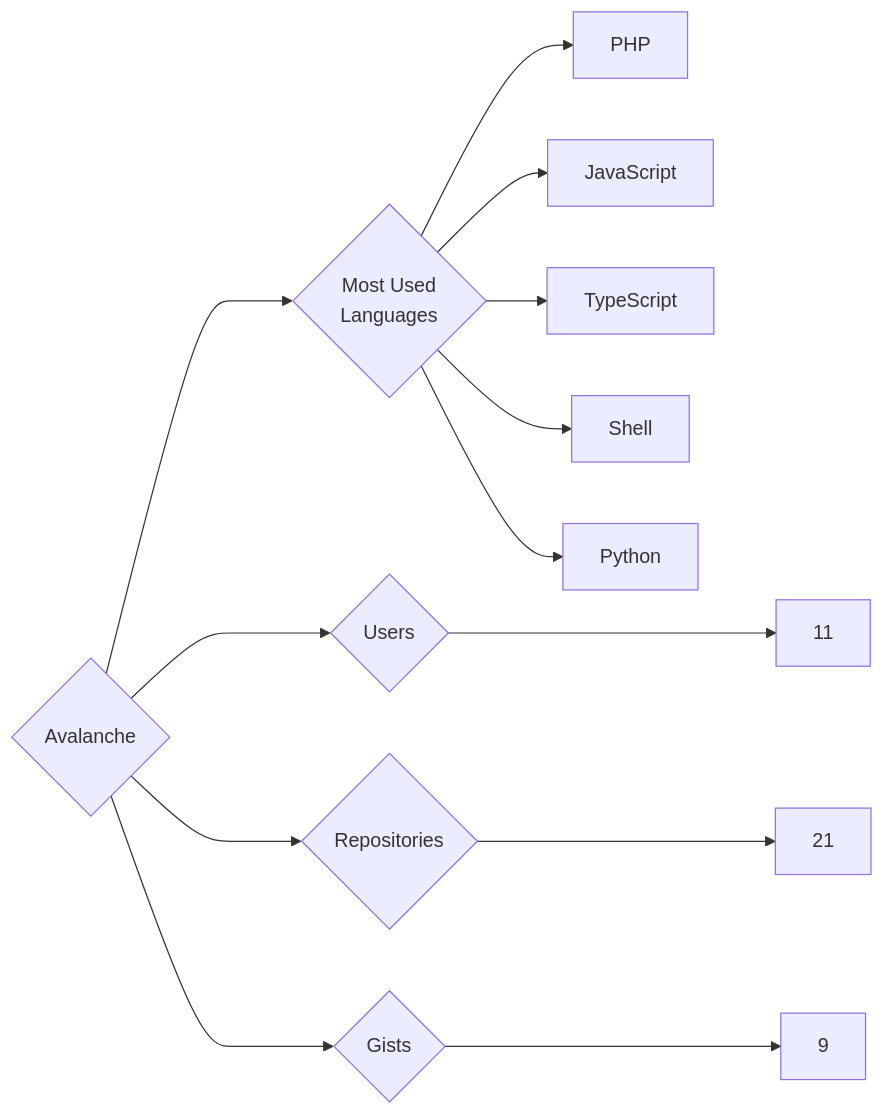
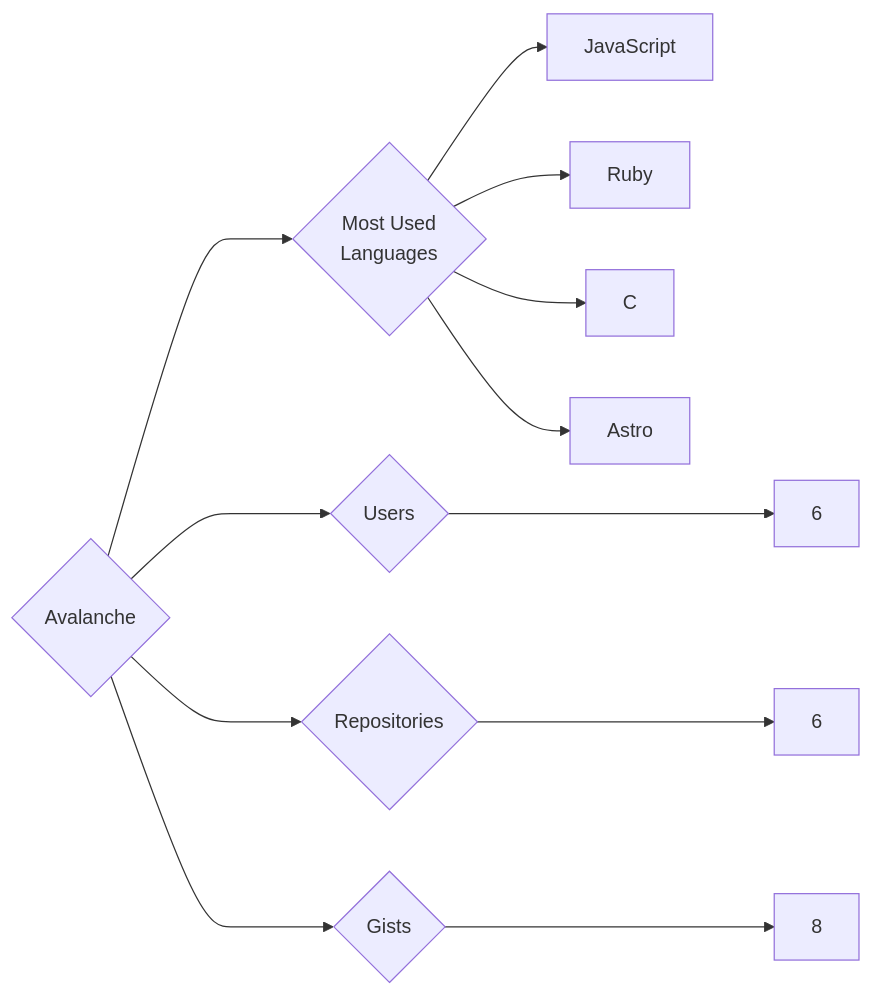
One commit to trickest/insiders changed the diagram in targets/Avalanche/README.md. Above: the diagram before and after it, drawn with Mermaid. The commit also changed 1148 other files, not shown here.

````diff
--- a/targets/Avalanche/README.md
+++ b/targets/Avalanche/README.md
@@ -3,13 +3,12 @@
 ```mermaid
 graph LR
 COMPANY_NAME{Avalanche}
-COMPANY_NAME ---> U{Users} ---> UN[11]
-COMPANY_NAME ---> R{Repositories} ---> RN[21]
-COMPANY_NAME ---> G{Gists} ---> GN[9]
+COMPANY_NAME ---> U{Users} ---> UN[6]
+COMPANY_NAME ---> R{Repositories} ---> RN[6]
+COMPANY_NAME ---> G{Gists} ---> GN[8]
 COMPANY_NAME ---> ML{Most Used<br>Languages}
-ML --> PHP[PHP]
 ML --> JavaScript[JavaScript]
-ML --> TypeScript[TypeScript]
-ML --> Shell[Shell]
-ML --> Python[Python]
+ML --> Ruby[Ruby]
+ML --> C[C]
+ML --> Astro[Astro]
 ```
````
